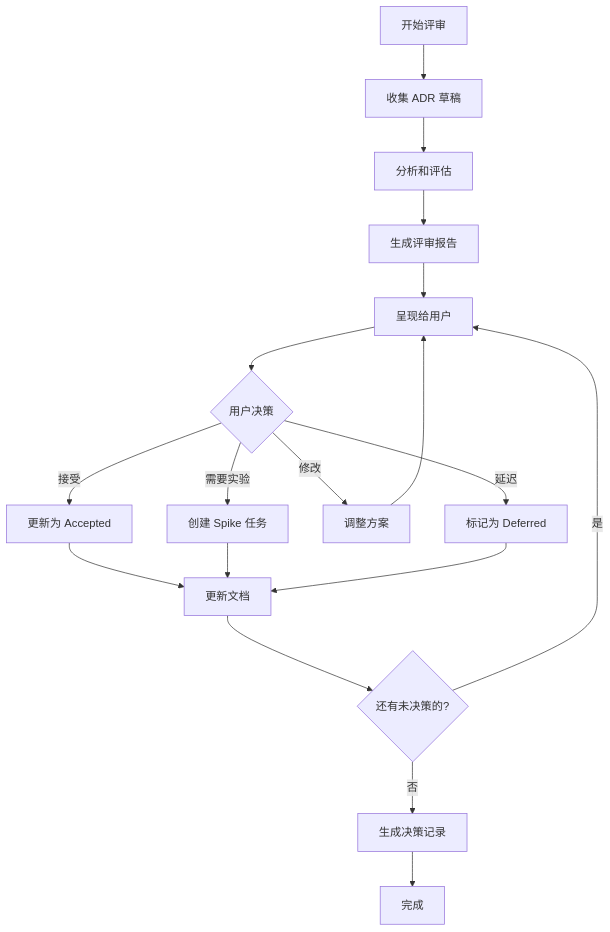
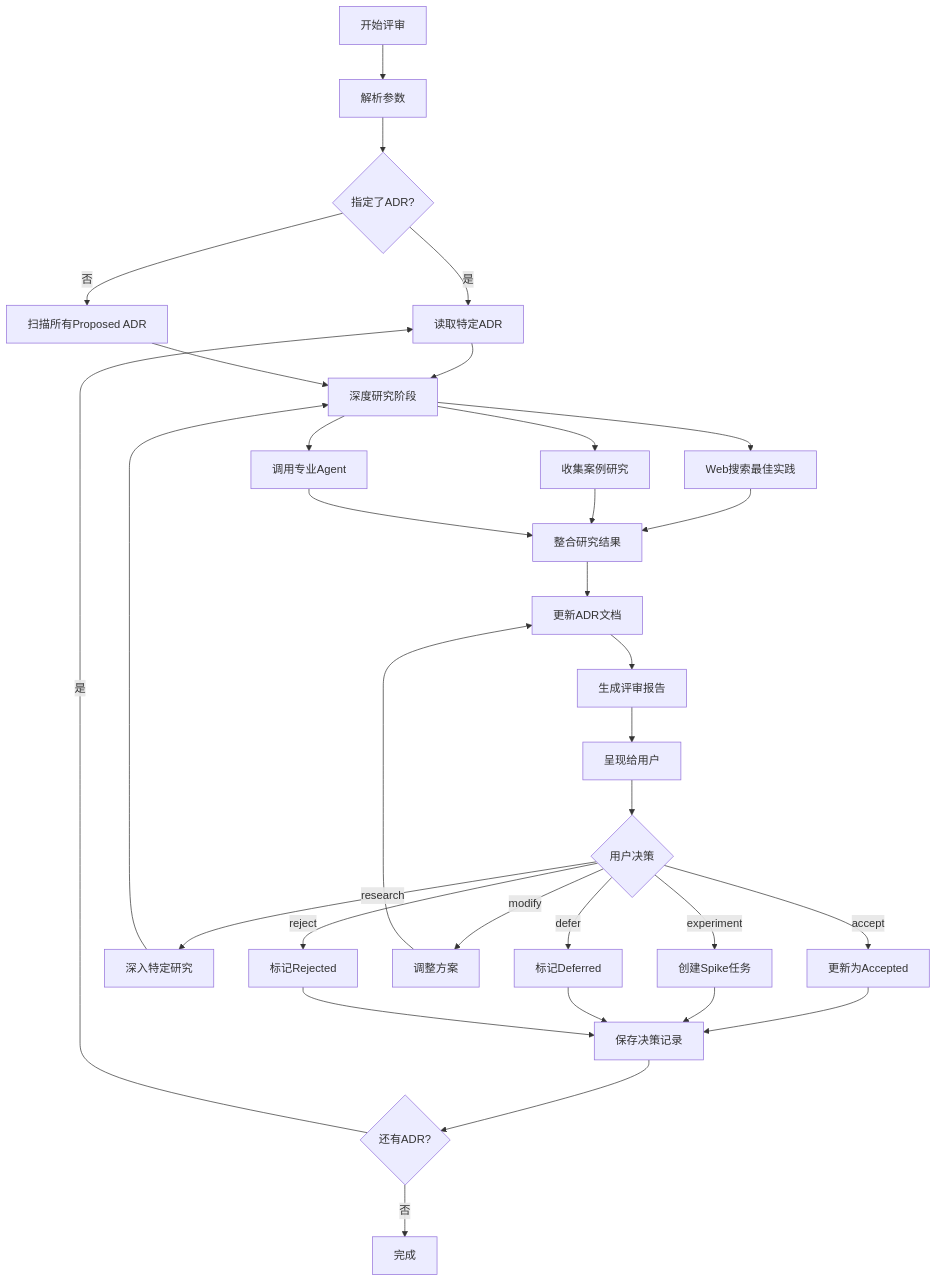
Before and after one commit to zhiyue/infinite-scribe: the diagram in .claude/commands/spec-task/adr-review.md, drawn with Mermaid. The commit also changed other lines of this file and 1 other file, not shown here.

First line of the commit message:
feat(spec-task): enhance ADR review process with detailed research and decision-making

````diff
--- a/.claude/commands/spec-task/adr-review.md
+++ b/.claude/commands/spec-task/adr-review.md
@@ -297,20 +512,34 @@
 ```mermaid
 graph TD
-    A[开始评审] --> B[收集 ADR 草稿]
-    B --> C[分析和评估]
-    C --> D[生成评审报告]
-    D --> E[呈现给用户]
-    E --> F{用户决策}
-    F -->|接受| G[更新为 Accepted]
-    F -->|需要实验| H[创建 Spike 任务]
-    F -->|修改| I[调整方案]
-    F -->|延迟| J[标记为 Deferred]
-    G --> K[更新文档]
-    H --> K
-    I --> E
-    J --> K
-    K --> L{还有未决策的?}
-    L -->|是| E
-    L -->|否| M[生成决策记录]
-    M --> N[完成]
+    A[开始评审] --> B[解析参数]
+    B --> C{指定了ADR?}
+    C -->|是| D[读取特定ADR]
+    C -->|否| E[扫描所有Proposed ADR]
+    D --> F[深度研究阶段]
+    E --> F
+    F --> G[Web搜索最佳实践]
+    F --> H[收集案例研究]
+    F --> I[调用专业Agent]
+    G --> J[整合研究结果]
+    H --> J
+    I --> J
+    J --> K[更新ADR文档]
+    K --> L[生成评审报告]
+    L --> M[呈现给用户]
+    M --> N{用户决策}
+    N -->|accept| O[更新为Accepted]
+    N -->|research| P[深入特定研究]
+    N -->|experiment| Q[创建Spike任务]
+    N -->|modify| R[调整方案]
+    N -->|defer| S[标记Deferred]
+    N -->|reject| T[标记Rejected]
+    P --> F
+    R --> K
+    O --> U[保存决策记录]
+    Q --> U
+    S --> U
+    T --> U
+    U --> V{还有ADR?}
+    V -->|是| D
+    V -->|否| W[完成]
 ```
````
